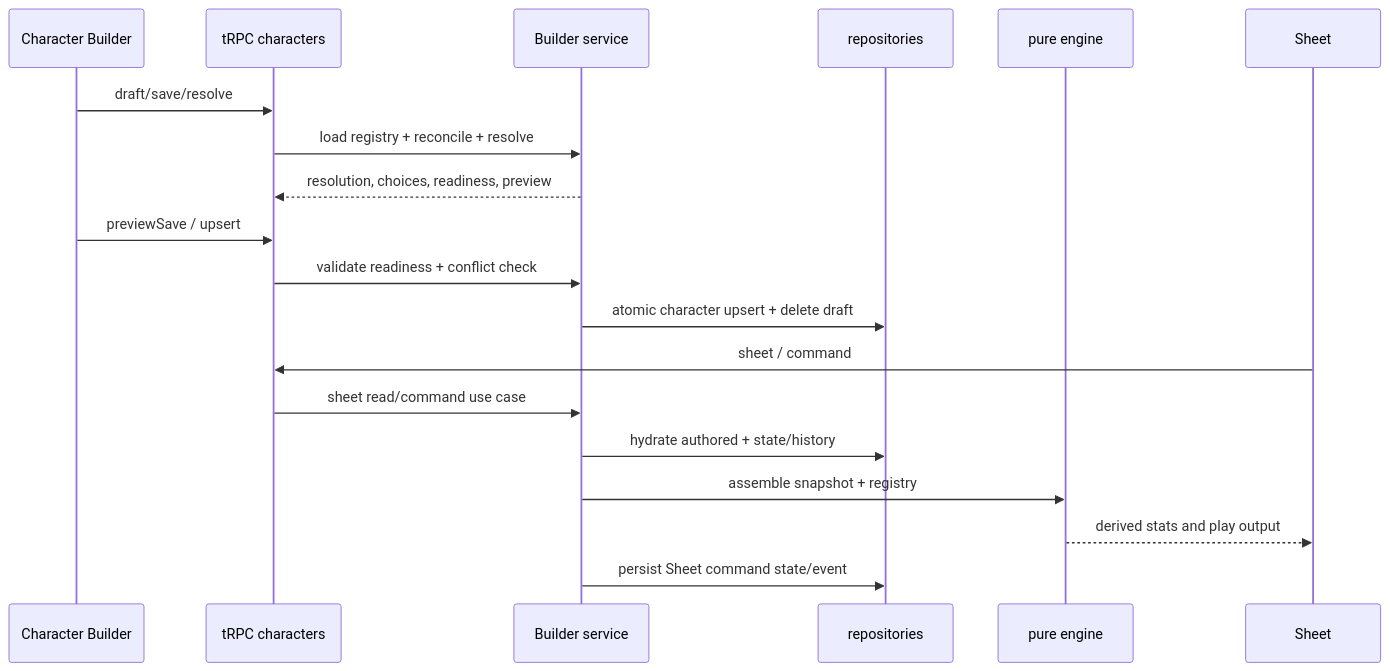
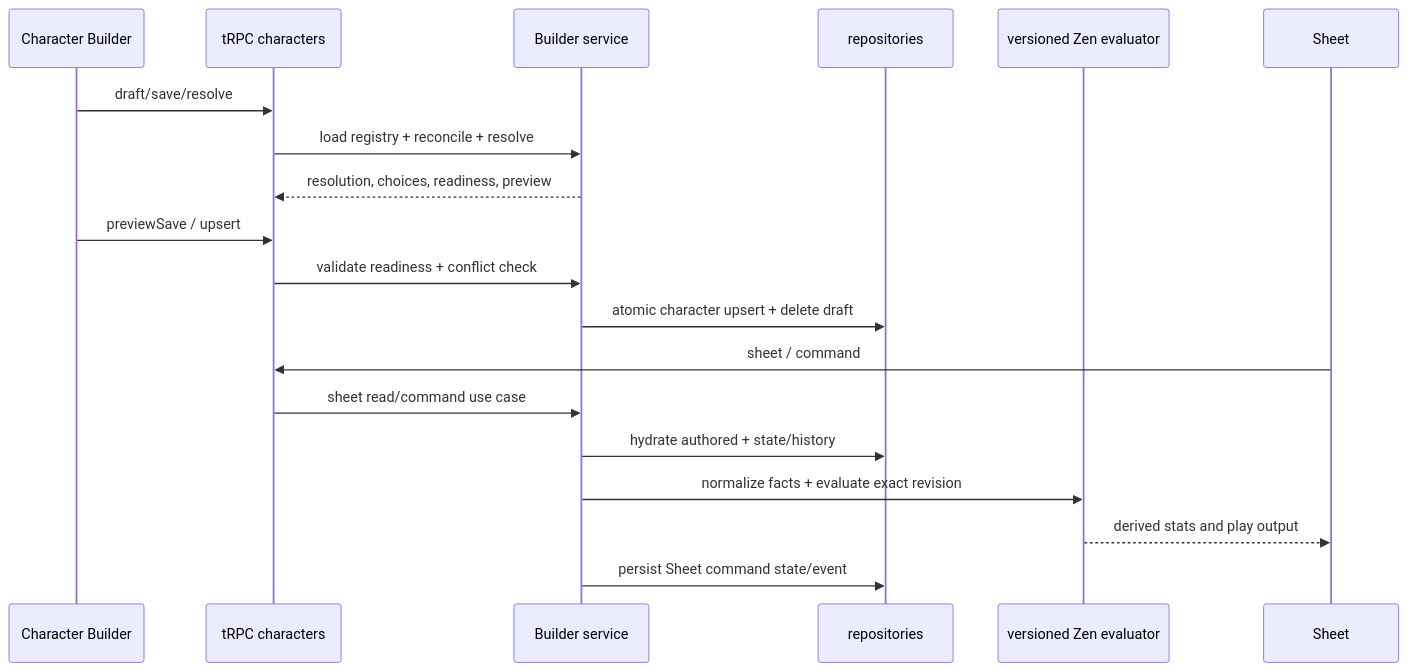
One commit to MPiland/artificer-toolkit changed the diagram in docs/architecture/character.md. Above: the diagram before and after it, drawn with Mermaid. The commit also changed other lines of this file and 369 other files, not shown here.

````diff
--- a/docs/architecture/character.md
+++ b/docs/architecture/character.md
@@ -13,21 +13,21 @@
 ```mermaid
 sequenceDiagram
   participant UI as Character Builder
   participant API as tRPC characters
   participant B as Builder service
   participant DB as repositories
-  participant E as pure engine
+   participant E as versioned Zen evaluator
   participant S as Sheet
   UI->>API: draft/save/resolve
   API->>B: load registry + reconcile + resolve
   B-->>API: resolution, choices, readiness, preview
   UI->>API: previewSave / upsert
   API->>B: validate readiness + conflict check
   B->>DB: atomic character upsert + delete draft
   S->>API: sheet / command
   API->>B: sheet read/command use case
   B->>DB: hydrate authored + state/history
-  B->>E: assemble snapshot + registry
+   B->>E: normalize facts + evaluate exact revision
   E-->>S: derived stats and play output
   B->>DB: persist Sheet command state/event
 ```
````
